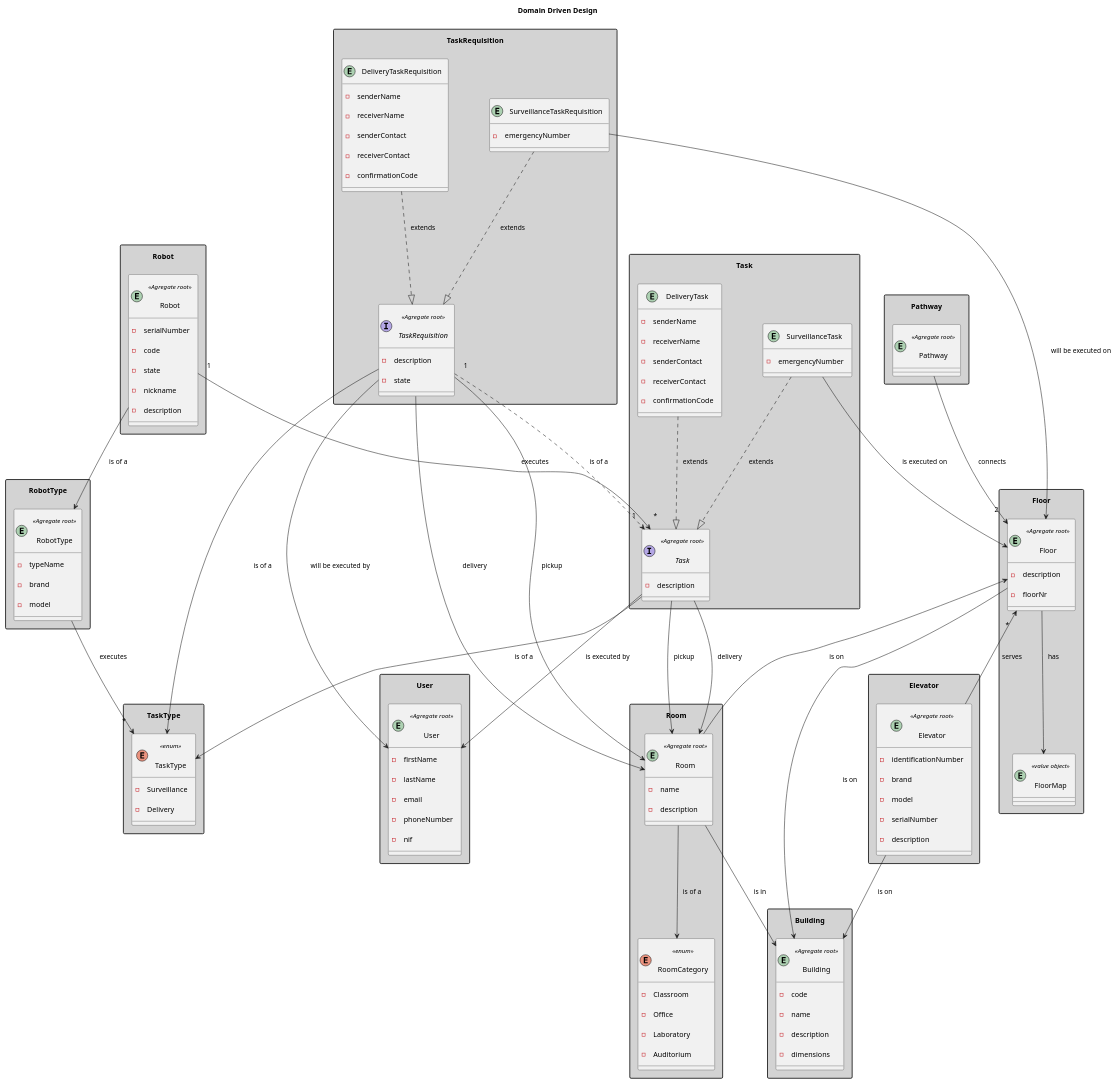
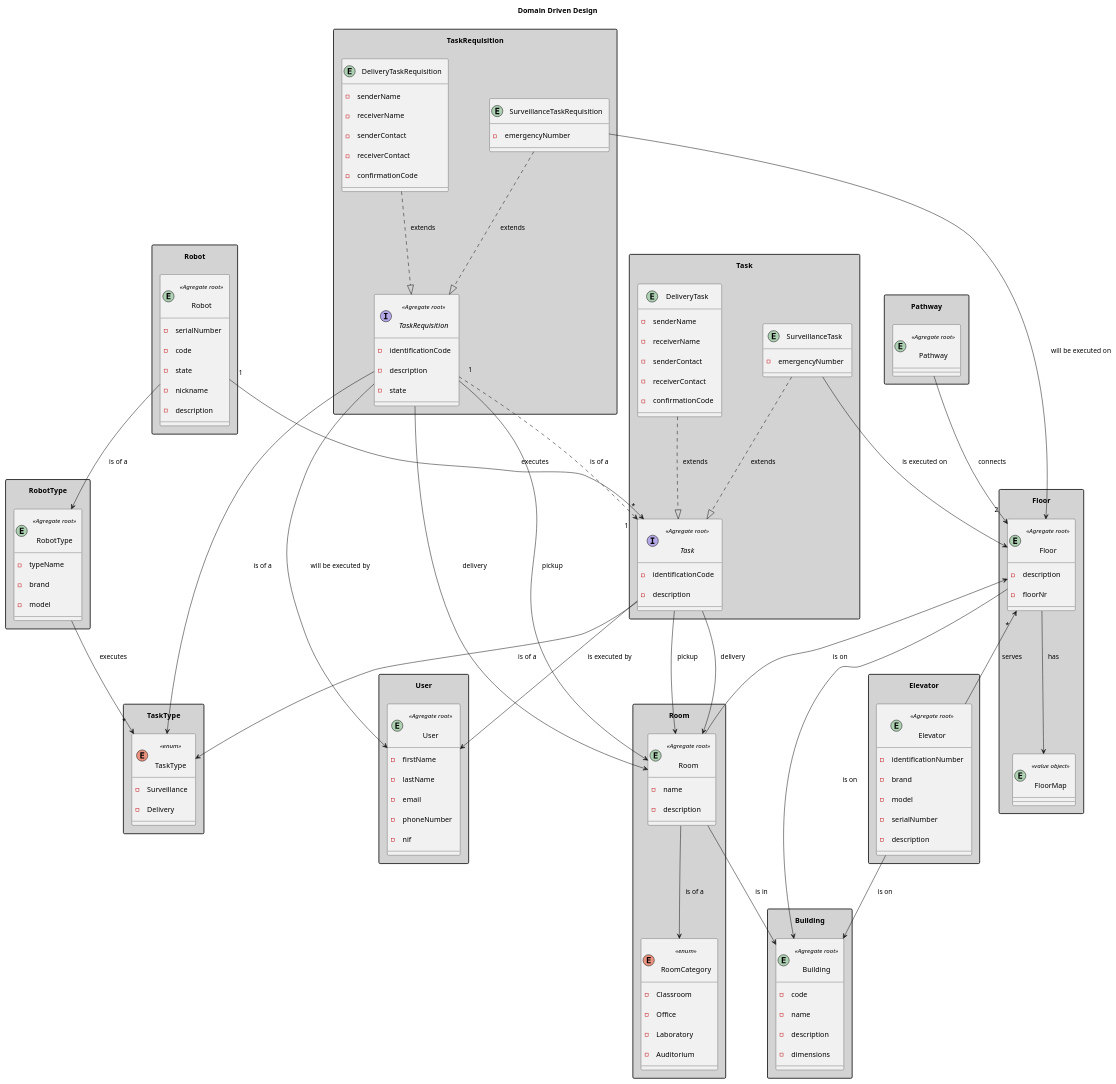
One commit to rpeir/LAPR5 changed the diagram in wiki/diagramas/domainModel/ddd.puml. Above: the diagram before and after it, drawn with PlantUML. The commit also changed 26 other files, not shown here.

Commit message:
#FRG-147 Added IdentificationCode and CreatedAt atributes on TaskRequest

```diff
--- a/wiki/diagramas/domainModel/ddd.puml
+++ b/wiki/diagramas/domainModel/ddd.puml
@@ -1,183 +1,185 @@
 @startuml Domain Driven Design
 
 title "Domain Driven Design"
 ' left to right direction
 ' top to bottom direction
 skinparam Padding 10
 skinparam Nodesep 80
 skinparam ranksep 100
 skinparam groupInheritance 1
 ' skinparam linetype ortho
 skinparam separation 1000
 skinparam NoteBackgroundColor #A9A9A9
 skinparam PackageStyle rectangle
 skinparam package {
     BackgroundColor #D3D3D3
     FontStyle bold
 }
 
 ' hide circle
 ' hide methods
 
 package Robot {
     entity Robot <<Agregate root>>{
         -serialNumber
         -code
         -state
         -nickname
         -description
     }
 }
 
 package RobotType {
     entity RobotType <<Agregate root>> {
         - typeName
         - brand
         - model
     }
 
 }
 package TaskType {
     enum TaskType <<enum>> {
         -Surveillance
         -Delivery
     }
 }
 
 package Task {
     interface Task <<Agregate root>> {
+        - identificationCode
         - description
     }
 
     entity SurveillanceTask {
         - emergencyNumber
     }
     entity DeliveryTask {
         - senderName
         - receiverName
         - senderContact
         - receiverContact
         - confirmationCode
     }
 }
 
 package Building {
     entity Building <<Agregate root>>{
         - code
         - name
         - description
         - dimensions
     }
 }
 
 package Floor{
     entity Floor <<Agregate root>> {
         - description
         - floorNr
     }
 
     entity FloorMap <<value object>>
 
 }
 
 package Elevator {
     entity Elevator <<Agregate root>> {
         - identificationNumber
         - brand
         - model
         - serialNumber
         - description
       }
 }
 
 package Room{
     entity Room <<Agregate root>> {
         - name
         - description
     }
 
     enum RoomCategory <<enum>>{
             - Classroom
             - Office
             - Laboratory
             - Auditorium
     }
 }
 
 package Pathway {
     entity Pathway <<Agregate root>>{
     }
 }
 
 package User {
   entity User <<Agregate root>> {
     - firstName
     - lastName
     - email
     - phoneNumber
     - nif
    }
 }
 
 package TaskRequisition {
     interface TaskRequisition <<Agregate root>> {
+        - identificationCode
         - description
         - state
     }
 
     entity SurveillanceTaskRequisition {
         - emergencyNumber
     }
 
     entity DeliveryTaskRequisition {
         - senderName
         - receiverName
         - senderContact
         - receiverContact
         - confirmationCode
     }
 
 }
 
 Task.SurveillanceTask ..|> Task.Task: extends
 Task.DeliveryTask ..|> Task.Task: extends
 
 TaskRequisition.SurveillanceTaskRequisition ..|> TaskRequisition.TaskRequisition: extends
 TaskRequisition.DeliveryTaskRequisition ..|> TaskRequisition.TaskRequisition: extends
 
 Room.Room --> RoomCategory: is of a
 Room.Room --> Building.Building: is in
 
 RobotType.RobotType --> "*" TaskType.TaskType: executes
 
 Floor.Floor --> Building.Building: is on
 Floor.Floor "*" <-- Elevator.Elevator : serves
 Floor.Floor <-- Room.Room: is on
 Floor.Floor --> Floor.FloorMap: has
 
 Elevator.Elevator --> Building.Building: is on
 
 Task.Task --> Room.Room: delivery
 Task.Task --> Room.Room: pickup
 
 TaskRequisition.TaskRequisition --> Room.Room: delivery
 TaskRequisition.TaskRequisition --> Room.Room: pickup
 
 Task.SurveillanceTask -> Floor.Floor: is executed on
 TaskRequisition.SurveillanceTaskRequisition -> Floor.Floor: will be executed on
 
 Pathway.Pathway --> "2" Floor.Floor: connects
 
 Robot.Robot --> RobotType.RobotType : is of a
 
 Task.Task --> TaskType.TaskType : is of a
 Task.Task --> User.User : is executed by
 
 TaskRequisition.TaskRequisition --> TaskType.TaskType : is of a
 TaskRequisition.TaskRequisition --> User.User : will be executed by
 
 Robot.Robot "1" --> "*" Task.Task : executes
 
 TaskRequisition.TaskRequisition "1" ..> "1" Task.Task : is of a
 
 @enduml
```
